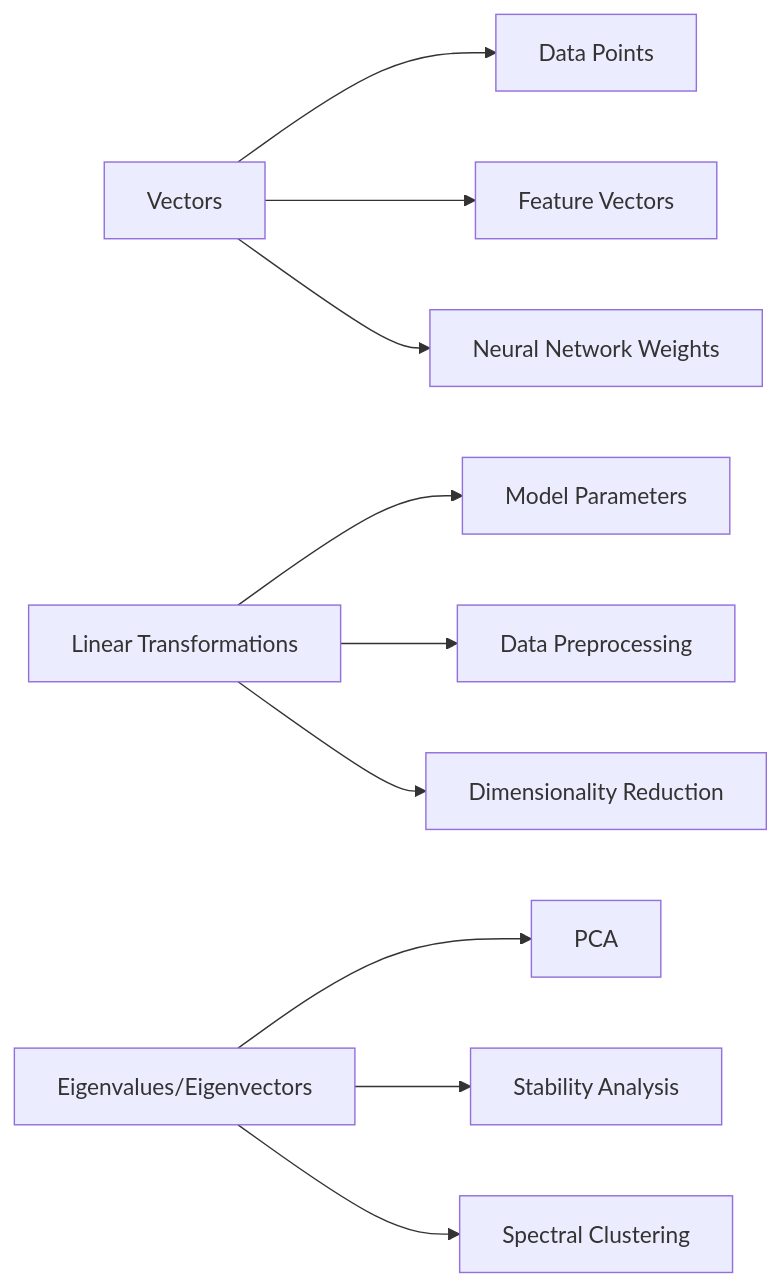
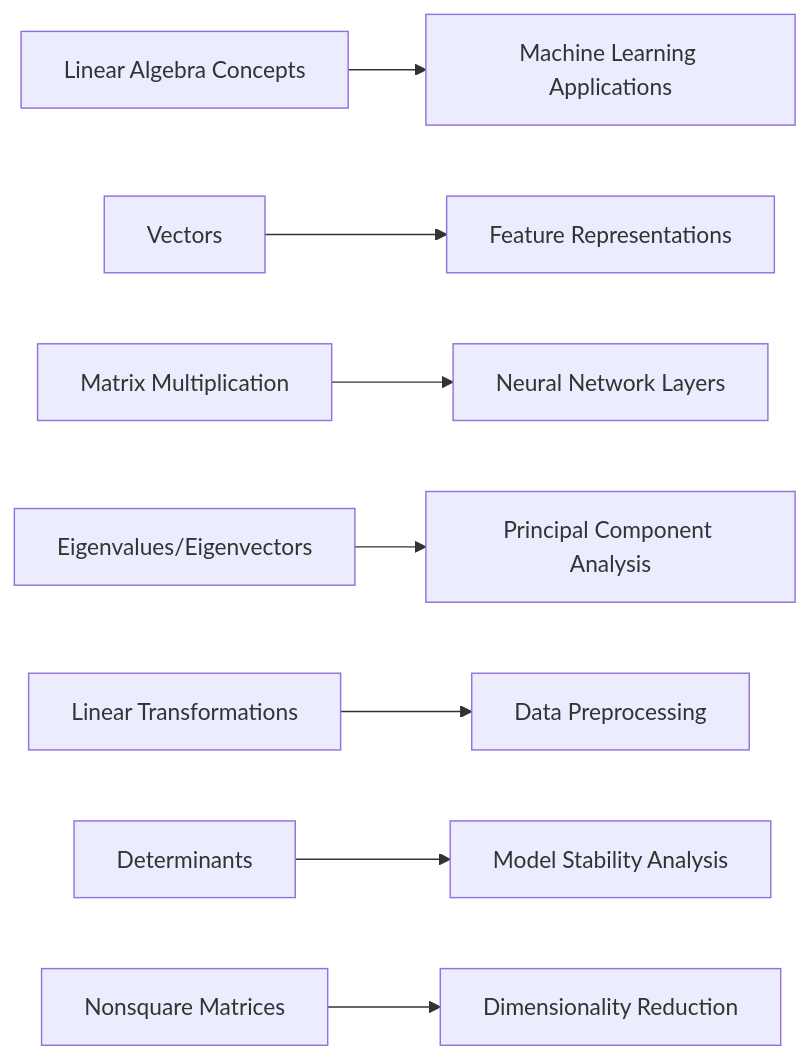
One commit to pyritomath/linear-algebra-learning changed the second of 2 diagrams in README.md. Above: the diagram before and after it, drawn with Mermaid. The commit also changed other lines of this file, not shown here.

````diff
--- a/README.md
+++ b/README.md
@@ -207,14 +230,11 @@
 ```mermaid
 graph LR
-    A[Vectors] --> B[Data Points]
-    A --> C[Feature Vectors]
-    A --> D[Neural Network Weights]
+    A[Linear Algebra Concepts] --> B[Machine Learning Applications]
     
-    E[Linear Transformations] --> F[Model Parameters]
-    E --> G[Data Preprocessing]
-    E --> H[Dimensionality Reduction]
-    
-    I[Eigenvalues/Eigenvectors] --> J[PCA]
-    I --> K[Stability Analysis]
-    I --> L[Spectral Clustering]
+    A1[Vectors] --> B1[Feature Representations]
+    A2[Matrix Multiplication] --> B2[Neural Network Layers]
+    A3[Eigenvalues/Eigenvectors] --> B3[Principal Component Analysis]
+    A4[Linear Transformations] --> B4[Data Preprocessing]
+    A5[Determinants] --> B5[Model Stability Analysis]
+    A6[Nonsquare Matrices] --> B6[Dimensionality Reduction]
 ```
````
